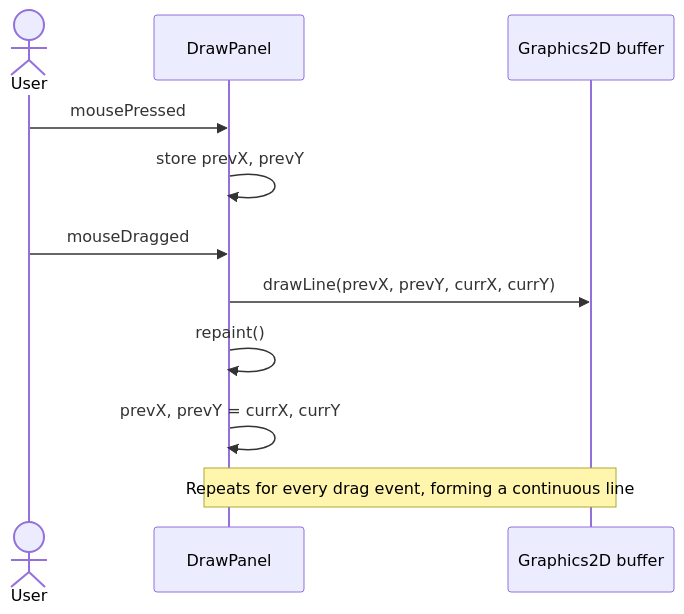
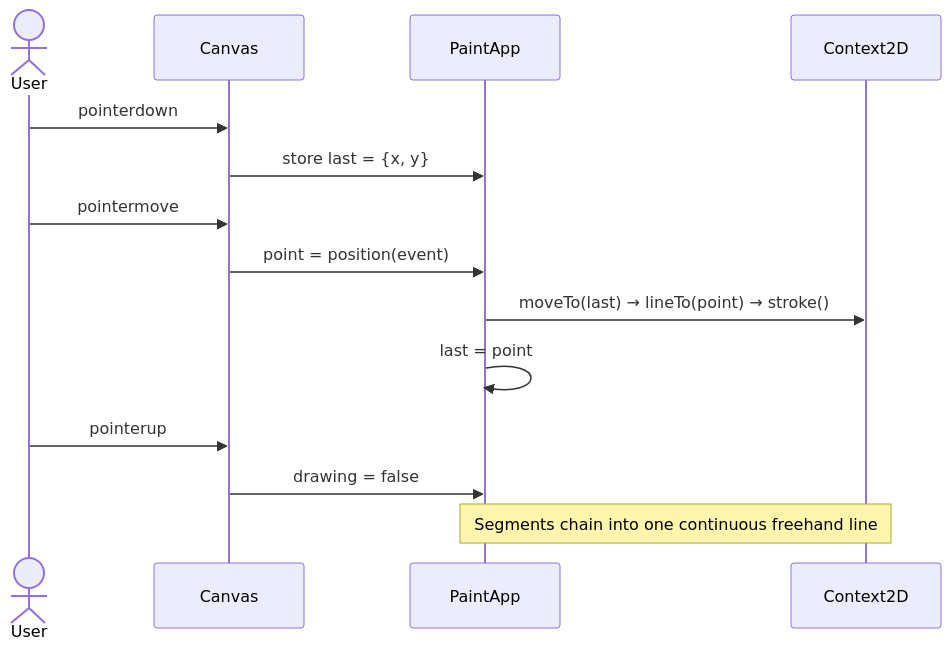
The second of 3 diagrams in README.md (Mann5700/Windows-Paint-Clone), drawn with Mermaid before and after one commit. The commit also changed other lines of this file and 19 other files, not shown here.

Commit message:
Rewrite as a TypeScript + HTML5 Canvas app (Vite)

````diff
--- a/README.md
+++ b/README.md
@@ -53,13 +54,16 @@
 ```mermaid
 sequenceDiagram
     actor User
-    participant DP as DrawPanel
-    participant G as Graphics2D buffer
-    User->>DP: mousePressed
-    DP->>DP: store prevX, prevY
-    User->>DP: mouseDragged
-    DP->>G: drawLine(prevX, prevY, currX, currY)
-    DP->>DP: repaint()
-    DP->>DP: prevX, prevY = currX, currY
-    Note over DP,G: Repeats for every drag event, forming a continuous line
+    participant CV as Canvas
+    participant P as PaintApp
+    participant CTX as Context2D
+    User->>CV: pointerdown
+    CV->>P: store last = {x, y}
+    User->>CV: pointermove
+    CV->>P: point = position(event)
+    P->>CTX: moveTo(last) → lineTo(point) → stroke()
+    P->>P: last = point
+    User->>CV: pointerup
+    CV->>P: drawing = false
+    Note over P,CTX: Segments chain into one continuous freehand line
 ```
````
